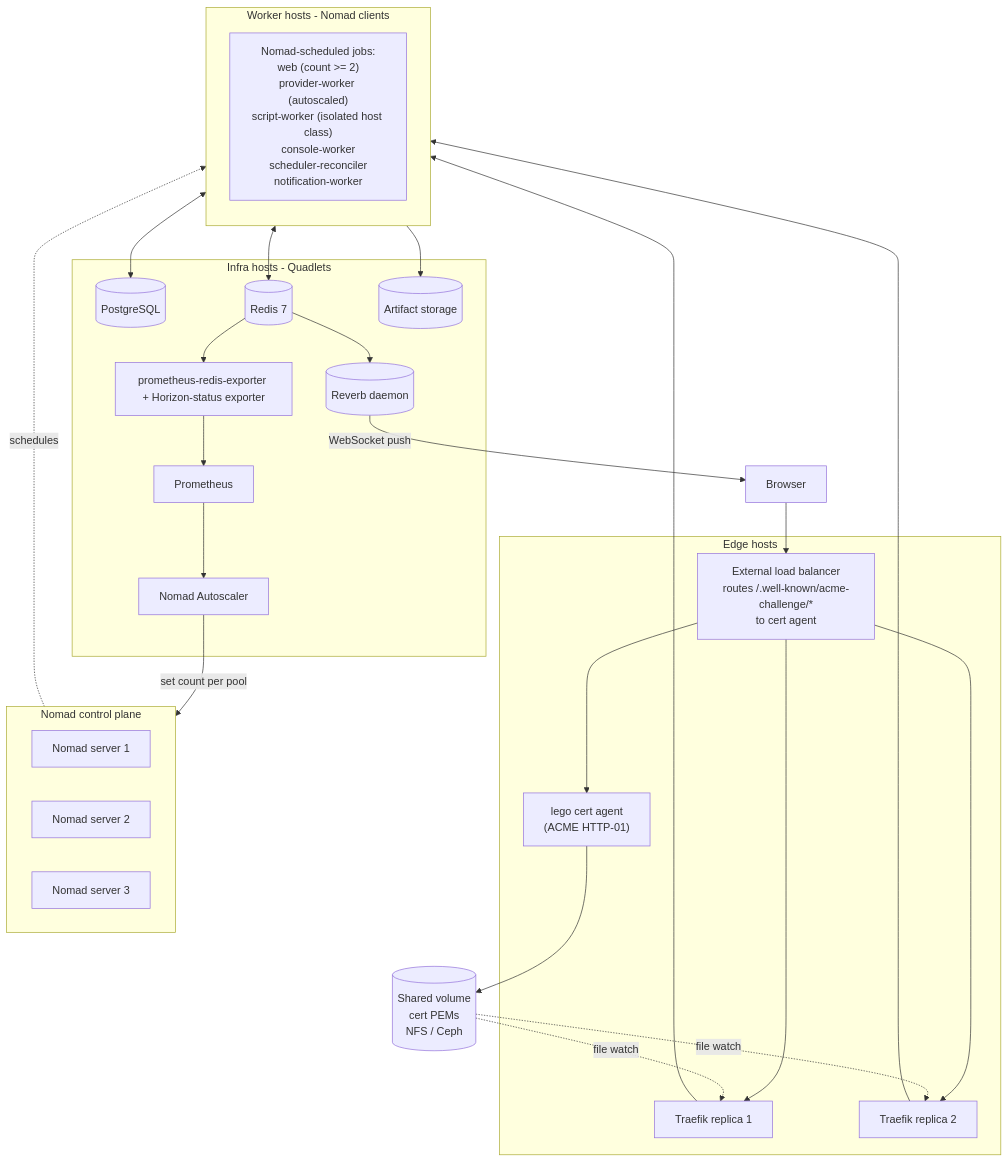
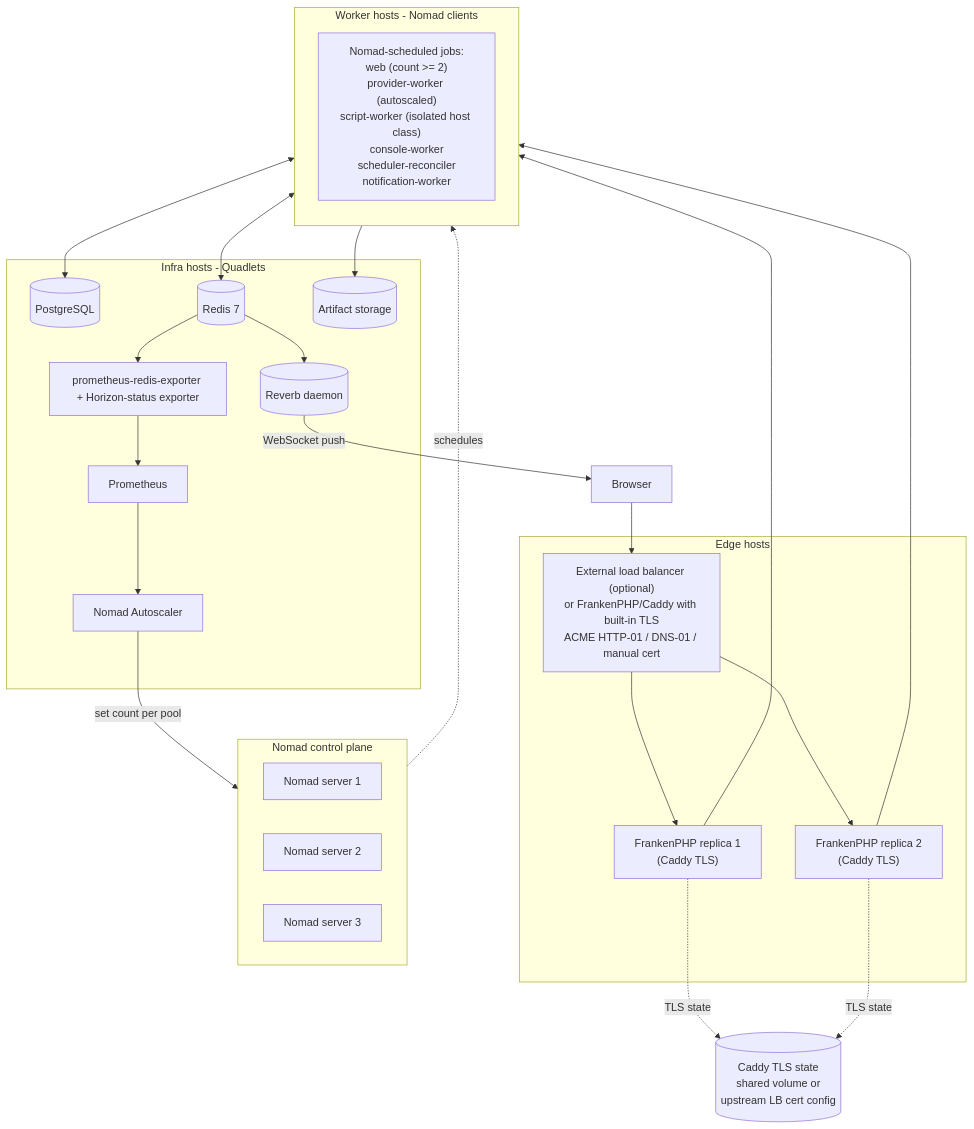
The fourth of 8 diagrams in docs/architecture/diagrams.md (cyberbalsa/racklab), drawn with Mermaid before and after one commit. The commit also changed other lines of this file and 35 other files, not shown here.

````diff
--- a/docs/architecture/diagrams.md
+++ b/docs/architecture/diagrams.md
@@ -171,58 +171,55 @@
 ```mermaid
 graph TB
     User[Browser]
 
     subgraph Edge [Edge hosts]
-        LB["External load balancer<br/>routes /.well-known/acme-challenge/*<br/>to cert agent"]
-        T1[Traefik replica 1]
-        T2[Traefik replica 2]
-        CA["lego cert agent<br/>(ACME HTTP-01)"]
+        LB["External load balancer (optional)<br/>or FrankenPHP/Caddy with built-in TLS<br/>ACME HTTP-01 / DNS-01 / manual cert"]
+        F1["FrankenPHP replica 1<br/>(Caddy TLS)"]
+        F2["FrankenPHP replica 2<br/>(Caddy TLS)"]
     end
 
-    SharedPEMs[("Shared volume<br/>cert PEMs<br/>NFS / Ceph")]
+    CaddyState[("Caddy TLS state<br/>shared volume or<br/>upstream LB cert config")]
 
     subgraph NomadCP [Nomad control plane]
         NS1[Nomad server 1]
         NS2[Nomad server 2]
         NS3[Nomad server 3]
     end
 
     subgraph WorkerHosts [Worker hosts - Nomad clients]
         direction TB
         Pool["Nomad-scheduled jobs:<br/>web (count >= 2)<br/>provider-worker (autoscaled)<br/>script-worker (isolated host class)<br/>console-worker<br/>scheduler-reconciler<br/>notification-worker"]
     end
 
     subgraph Infra [Infra hosts - Quadlets]
         PG[(PostgreSQL)]
         RD[(Redis 7)]
         RV[(Reverb daemon)]
         AS[(Artifact storage)]
         Prom[Prometheus]
         Exp[prometheus-redis-exporter + Horizon-status exporter]
         AutoS[Nomad Autoscaler]
     end
 
     User --> LB
-    LB --> T1
-    LB --> T2
-    LB --> CA
-    CA --> SharedPEMs
-    SharedPEMs -. file watch .-> T1
-    SharedPEMs -. file watch .-> T2
+    LB --> F1
+    LB --> F2
+    F1 -. TLS state .-> CaddyState
+    F2 -. TLS state .-> CaddyState
 
-    T1 --> Pool
-    T2 --> Pool
+    F1 --> Pool
+    F2 --> Pool
 
     Pool <--> PG
     Pool <--> RD
     Pool --> AS
     RD --> RV
     RV -- "WebSocket push" --> User
 
     NomadCP -. schedules .-> Pool
 
     RD --> Exp
     Exp --> Prom
     Prom --> AutoS
     AutoS -- "set count per pool" --> NomadCP
 ```
````
